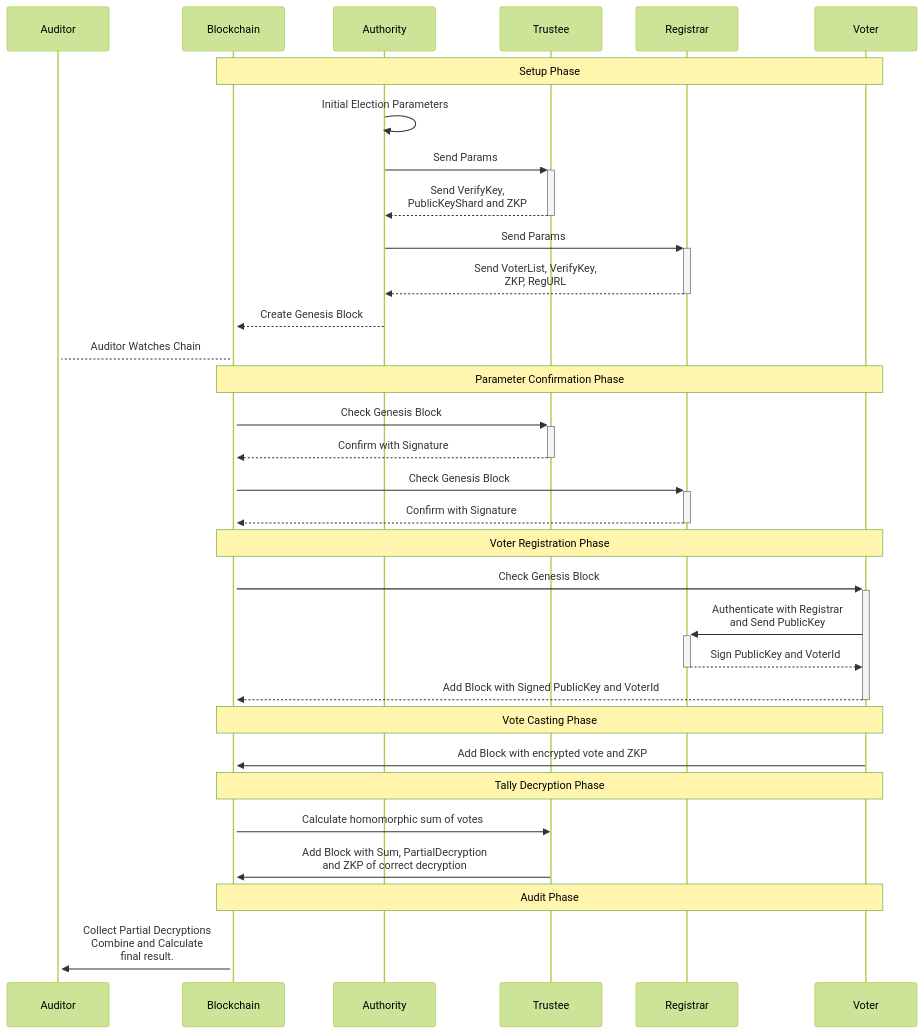
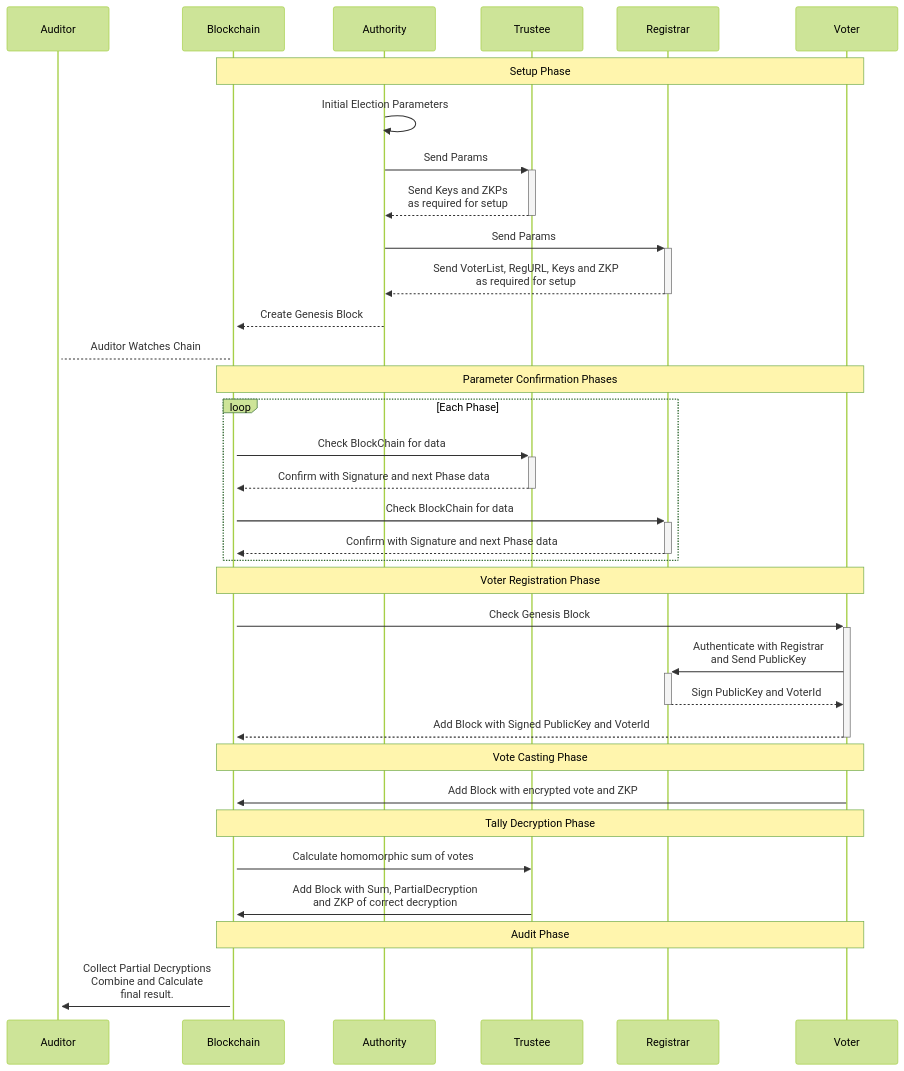
One commit to thechriswalker/astris-report changed the diagram in figures/astris-protocol.mmd. Above: the diagram before and after it, drawn with Mermaid (forest theme). The commit also changed 9 other files, not shown here.

```diff
--- a/figures/astris-protocol.mmd
+++ b/figures/astris-protocol.mmd
@@ -1,47 +1,52 @@
 sequenceDiagram
 
  %% convert to png at: https://mermaid-js.github.io/mermaid-live-editor/
 
     participant AD as Auditor
     participant BC as Blockchain
     participant A as Authority
     participant T as Trustee
     participant R as Registrar
     participant V as Voter
 
     Note over BC,V: Setup Phase
 
     A->>A: Initial Election Parameters
     A->>+T: Send Params
-    T-->>-A: Send VerifyKey,<br />PublicKeyShard and ZKP
+    T-->>-A: Send Keys and ZKPs<br/>as required for setup
     A->>+R: Send Params
-    R-->>-A: Send VoterList, VerifyKey,<br />ZKP, RegURL
+    R-->>-A: Send VoterList, RegURL, Keys and ZKP<br />as required for setup
 
     A-->>+BC: Create Genesis Block
     BC-->+AD: Auditor Watches Chain
-    Note over BC, V: Parameter Confirmation Phase
 
-    BC->>+T: Check Genesis Block
-    T-->>-BC: Confirm with Signature
-    BC->>+R: Check Genesis Block
-    R-->>-BC: Confirm with Signature
+    Note over BC, V: Parameter Confirmation Phases
+
+    loop Each Phase
+
+    BC->>+T: Check BlockChain for data
+    T-->>-BC: Confirm with Signature and next Phase data
+    BC->>+R: Check BlockChain for data
+    R-->>-BC: Confirm with Signature and next Phase data
+
+    end
 
     Note over BC,V: Voter Registration Phase
 
     BC->>+V: Check Genesis Block
     V->>+R: Authenticate with Registrar<br />and Send PublicKey
     R-->>-V: Sign PublicKey and VoterId
     V-->>-BC: Add Block with Signed PublicKey and VoterId
 
     Note over BC,V: Vote Casting Phase
 
     V->>BC: Add Block with encrypted vote and ZKP
 
     Note over BC,V: Tally Decryption Phase
 
     BC->>T: Calculate homomorphic sum of votes
     T->>BC: Add Block with Sum, PartialDecryption<br />and ZKP of correct decryption
 
     Note over BC,V: Audit Phase
 
     BC->>AD: Collect Partial Decryptions<br />Combine and Calculate<br />final result.
```
